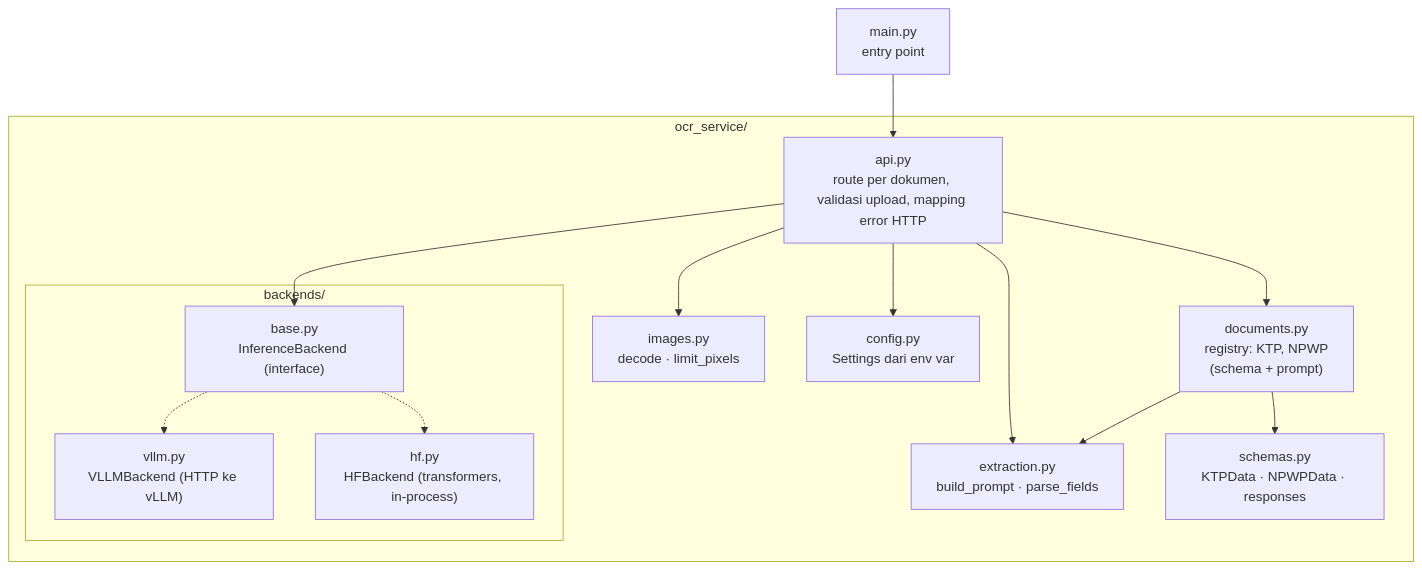
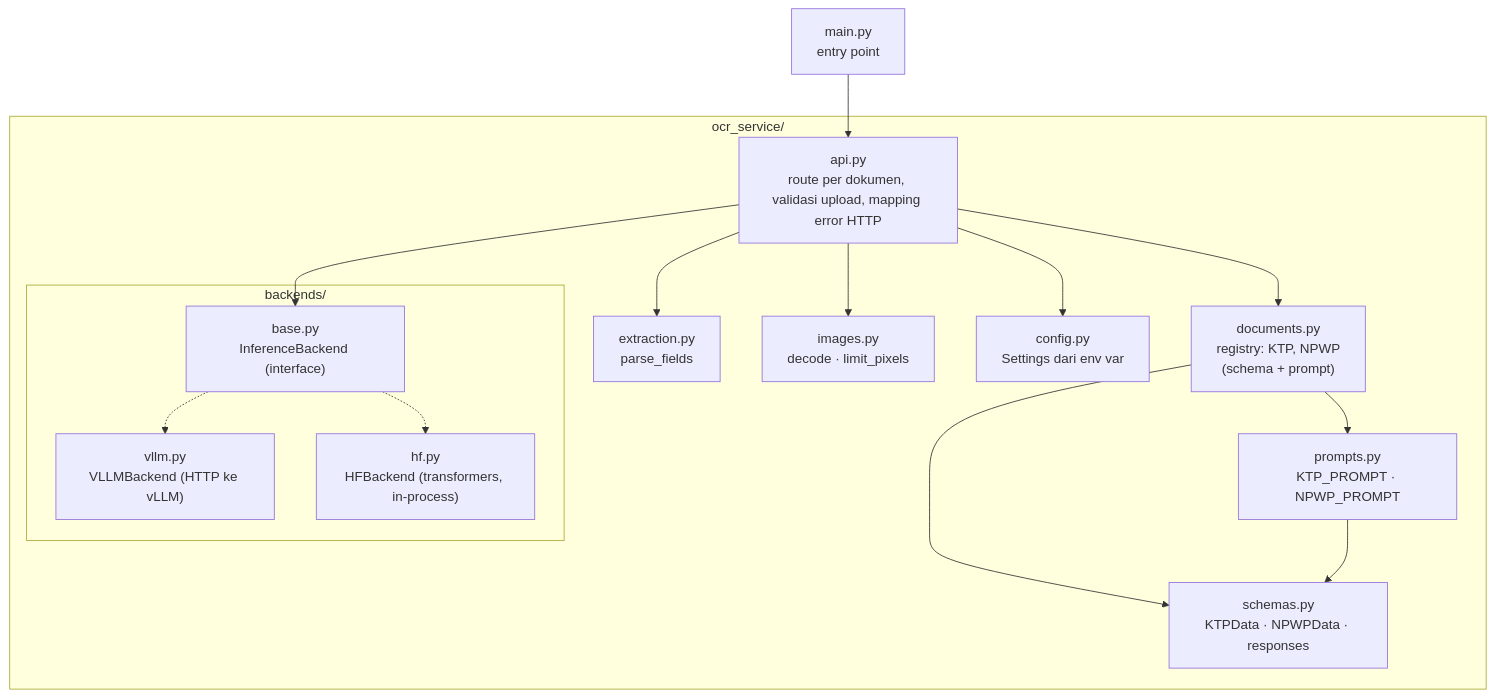
One commit to sivi-shahab/OCR-KTP-NPWP changed the third of 4 diagrams in README.md. Above: the diagram before and after it, drawn with Mermaid. The commit also changed other lines of this file and 4 other files, not shown here.

First line of the commit message:
Use dedicated KTP and NPWP prompts with constrained fields

````diff
--- a/README.md
+++ b/README.md
@@ -115,29 +115,31 @@
 ```mermaid
 flowchart TD
     main["main.py<br/>entry point"] --> api
 
     subgraph pkg["ocr_service/"]
         api["api.py<br/>route per dokumen, validasi upload, mapping error HTTP"]
         docs["documents.py<br/>registry: KTP, NPWP<br/>(schema + prompt)"]
-        extraction["extraction.py<br/>build_prompt · parse_fields"]
+        prompts["prompts.py<br/>KTP_PROMPT · NPWP_PROMPT"]
+        extraction["extraction.py<br/>parse_fields"]
         images["images.py<br/>decode · limit_pixels"]
         schemas["schemas.py<br/>KTPData · NPWPData · responses"]
         config["config.py<br/>Settings dari env var"]
 
         subgraph backends["backends/"]
             base["base.py<br/>InferenceBackend (interface)"]
             vllmb["vllm.py<br/>VLLMBackend (HTTP ke vLLM)"]
             hfb["hf.py<br/>HFBackend (transformers, in-process)"]
         end
     end
 
     api --> docs
     api --> extraction
     api --> images
     api --> config
     api --> base
     docs --> schemas
-    docs --> extraction
+    docs --> prompts
+    prompts --> schemas
     base -.-> vllmb
     base -.-> hfb
 ```
````
